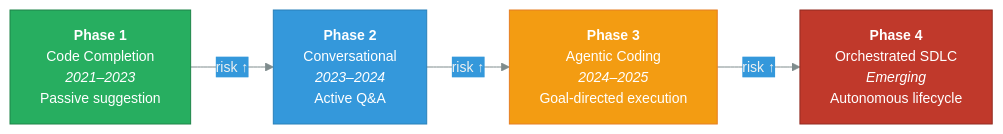
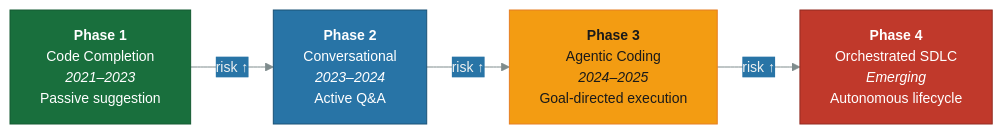
Before and after one commit to danielmeppiel/agentic-sdlc-handbook: the diagram in handbook/ch02-the-ai-native-landscape.qmd, drawn with Mermaid. The commit also changed 11 other files, not shown here.

First line of the commit message:
fix: WCAG AA+ contrast compliance for all diagram colors

````diff
--- a/handbook/ch02-the-ai-native-landscape.qmd
+++ b/handbook/ch02-the-ai-native-landscape.qmd
@@ -41,19 +41,19 @@
 ```{mermaid}
 %%| fig-width: 4.5
 %%| fig-cap: "Four phases of AI-assisted development evolution"
 %%| fig-alt: "A left-to-right flowchart showing four phases of AI evolution connected by arrows labeled 'risk up'. Phase 1 is Code Completion (2021–2023, passive suggestion). Phase 2 is Conversational (2023–2024, active Q&A). Phase 3 is Agentic Coding (2024–2025, goal-directed execution). Phase 4 is Orchestrated SDLC (emerging, autonomous lifecycle). Phases progress from low risk in green through medium in blue and high in orange to very high risk in red."
 %%| label: fig-ai-evolution
-%%{init: {'theme': 'base', 'themeVariables': {'primaryColor': '#2c3e50', 'primaryTextColor': '#ecf0f1', 'primaryBorderColor': '#34495e', 'lineColor': '#7f8c8d', 'secondaryColor': '#3498db', 'tertiaryColor': '#ecf0f1', 'fontSize': '14px'}}}%%
+%%{init: {'theme': 'base', 'themeVariables': {'primaryColor': '#2c3e50', 'primaryTextColor': '#ecf0f1', 'primaryBorderColor': '#34495e', 'lineColor': '#7f8c8d', 'secondaryColor': '#2874a6', 'tertiaryColor': '#ecf0f1', 'fontSize': '14px'}}}%%
 flowchart LR
     P1["<b>Phase 1</b><br/>Code Completion<br/><em>2021–2023</em><br/>Passive suggestion"]
     P2["<b>Phase 2</b><br/>Conversational<br/><em>2023–2024</em><br/>Active Q&A"]
     P3["<b>Phase 3</b><br/>Agentic Coding<br/><em>2024–2025</em><br/>Goal-directed execution"]
     P4["<b>Phase 4</b><br/>Orchestrated SDLC<br/><em>Emerging</em><br/>Autonomous lifecycle"]
 
     P1 -->|"risk ↑"| P2 -->|"risk ↑"| P3 -->|"risk ↑"| P4
 
-    style P1 fill:#27ae60,stroke:#1e8449,color:#fff
-    style P2 fill:#3498db,stroke:#2980b9,color:#fff
-    style P3 fill:#f39c12,stroke:#e67e22,color:#fff
+    style P1 fill:#196f3d,stroke:#145a32,color:#fff
+    style P2 fill:#2874a6,stroke:#1a5276,color:#fff
+    style P3 fill:#f39c12,stroke:#e67e22,color:#1a1a1a
     style P4 fill:#c0392b,stroke:#922b21,color:#fff
 ```
````
